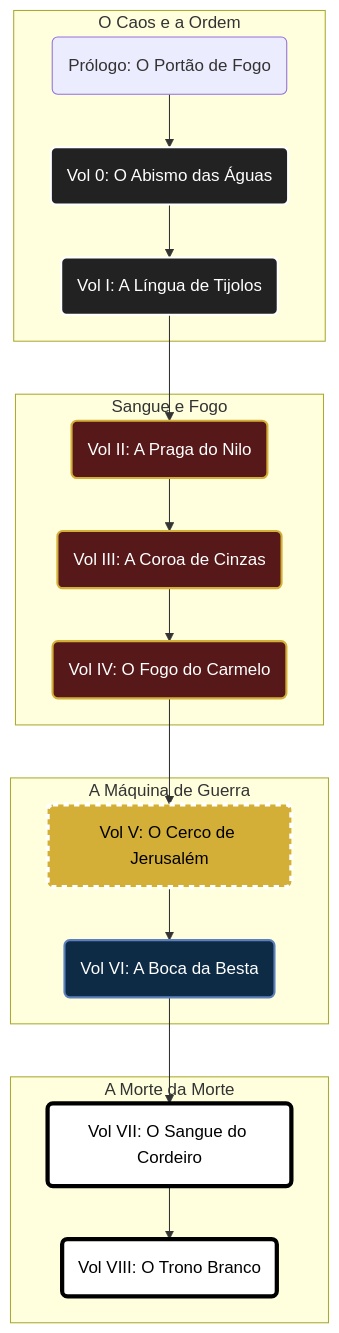
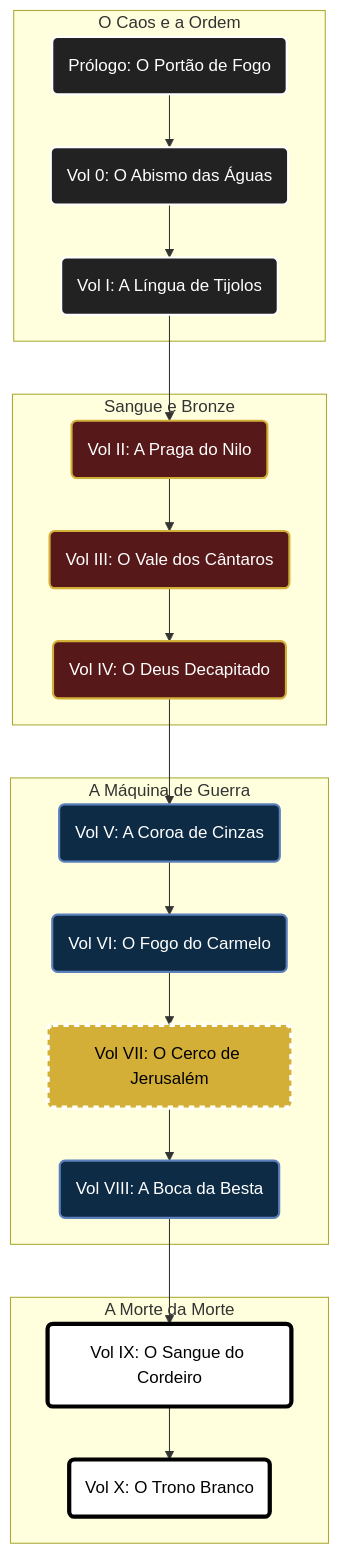
The diagram in A Batalha dos Deuses/Horizonte.md (gabs-passarinho-garcia/obsidian), drawn with Mermaid before and after one commit. The commit also changed other lines of this file and 2 other files, not shown here.

````diff
--- a/A Batalha dos Deuses/Horizonte.md
+++ b/A Batalha dos Deuses/Horizonte.md
@@ -26,38 +23,40 @@
 ```mermaid
 graph TD
     %% Estilos
     classDef primordial fill:#222,stroke:#fff,stroke-width:2px,color:#fff;
-    classDef reino fill:#561818,stroke:#d4af37,stroke-width:2px,color:#fff;
-    classDef exilio fill:#0d2b45,stroke:#5c80bc,stroke-width:2px,color:#fff;
+    classDef juizes fill:#561818,stroke:#d4af37,stroke-width:2px,color:#fff;
+    classDef reis fill:#0d2b45,stroke:#5c80bc,stroke-width:2px,color:#fff;
     classDef final fill:#fff,stroke:#000,stroke-width:4px,color:#000;
 
     subgraph Era Primordial [O Caos e a Ordem]
         P(Prólogo: O Portão de Fogo) --> V0(Vol 0: O Abismo das Águas)
         V0 --> V1(Vol I: A Língua de Tijolos)
     end
 
-    subgraph Era da Formação [Sangue e Fogo]
+    subgraph Era da Formação [Sangue e Bronze]
         V1 --> V2(Vol II: A Praga do Nilo)
-        V2 --> V3(Vol III: A Coroa de Cinzas)
-        V3 --> V4(Vol IV: O Fogo do Carmelo)
+        V2 --> V3(Vol III: O Vale dos Cântaros)
+        V3 --> V4(Vol IV: O Deus Decapitado)
     end
 
     subgraph Era dos Reis e Impérios [A Máquina de Guerra]
-        V4 --> V5(Vol V: O Cerco de Jerusalém)
-        V5 --> V6(Vol VI: A Boca da Besta)
+        V4 --> V5(Vol V: A Coroa de Cinzas)
+        V5 --> V6(Vol VI: O Fogo do Carmelo)
+        V6 --> V7(Vol VII: O Cerco de Jerusalém)
+        V7 --> V8(Vol VIII: A Boca da Besta)
     end
 
     subgraph A Batalha Final [A Morte da Morte]
-        V6 --> V7(Vol VII: O Sangue do Cordeiro)
-        V7 --> V8(Vol VIII: O Trono Branco)
+        V8 --> V9(Vol IX: O Sangue do Cordeiro)
+        V9 --> V10(Vol X: O Trono Branco)
     end
 
     %% Classes
-    class V0,V1 primordial;
-    class V2,V3,V4 reino;
-    class V5,V6 exilio;
-    class V7,V8 final;
+    class P,V0,V1 primordial;
+    class V2,V3,V4 juizes;
+    class V5,V6,V7,V8 reis;
+    class V9,V10 final;
     
     %% Indicador de Status Atual
-    style V5 fill:#d4af37,color:#000,stroke:#fff,stroke-width:4px,stroke-dasharray: 5 5;
+    style V7 fill:#d4af37,color:#000,stroke:#fff,stroke-width:4px,stroke-dasharray: 5 5;
 ```
````
